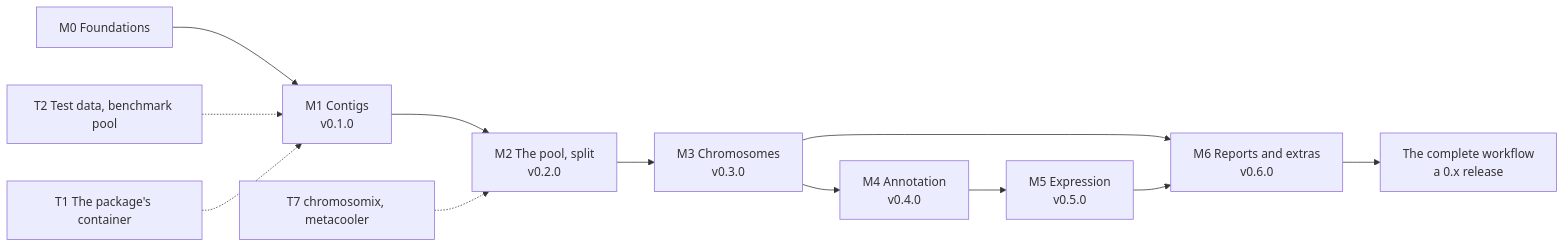
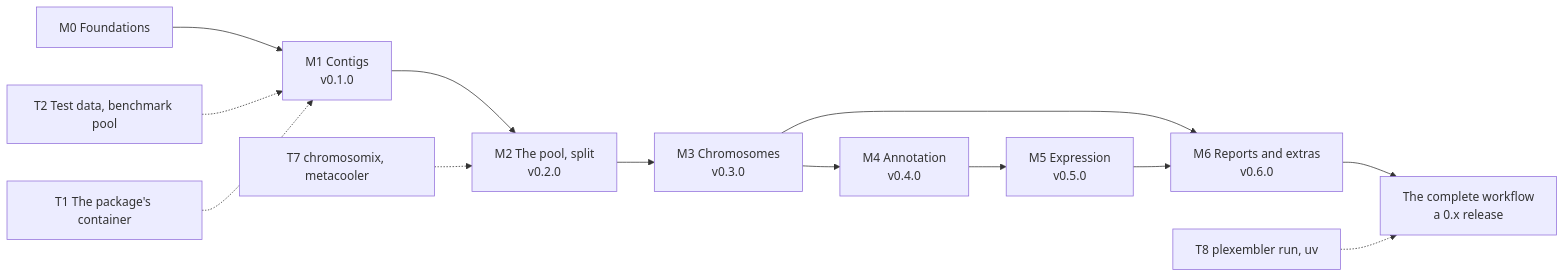
Before and after one commit to js2264/plexembler: the diagram in docs/plan.md, drawn with Mermaid. The commit also changed other lines of this file and 39 other files, not shown here.

First line of the commit message:
feat(cli): plexembler run, with Nextflow and Java from PyPI, in containers or conda (#10)

````diff
--- a/docs/plan.md
+++ b/docs/plan.md
@@ -8,14 +8,15 @@
 ```mermaid
 flowchart LR
   M0[M0 Foundations] --> M1[M1 Contigs<br>v0.1.0]
   M1 --> M2[M2 The pool, split<br>v0.2.0]
   M2 --> M3[M3 Chromosomes<br>v0.3.0]
   M3 --> M4[M4 Annotation<br>v0.4.0]
   M4 --> M5[M5 Expression<br>v0.5.0]
   M3 --> M6[M6 Reports and extras<br>v0.6.0]
   M5 --> M6
   M6 --> C[The complete workflow<br>a 0.x release]
   T2[T2 Test data, benchmark pool] -.-> M1
   T1[T1 The package's container] -.-> M1
   T7[T7 chromosomix, metacooler] -.-> M2
+  T8[T8 plexembler run, uv] -.-> C
 ```
````
